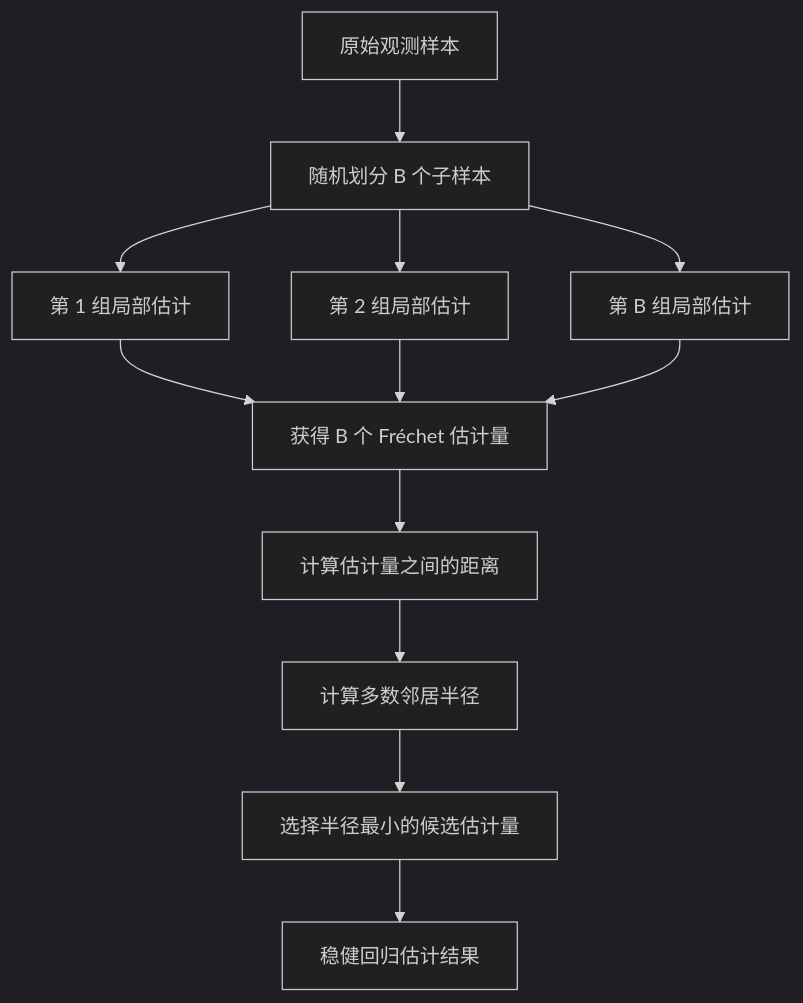
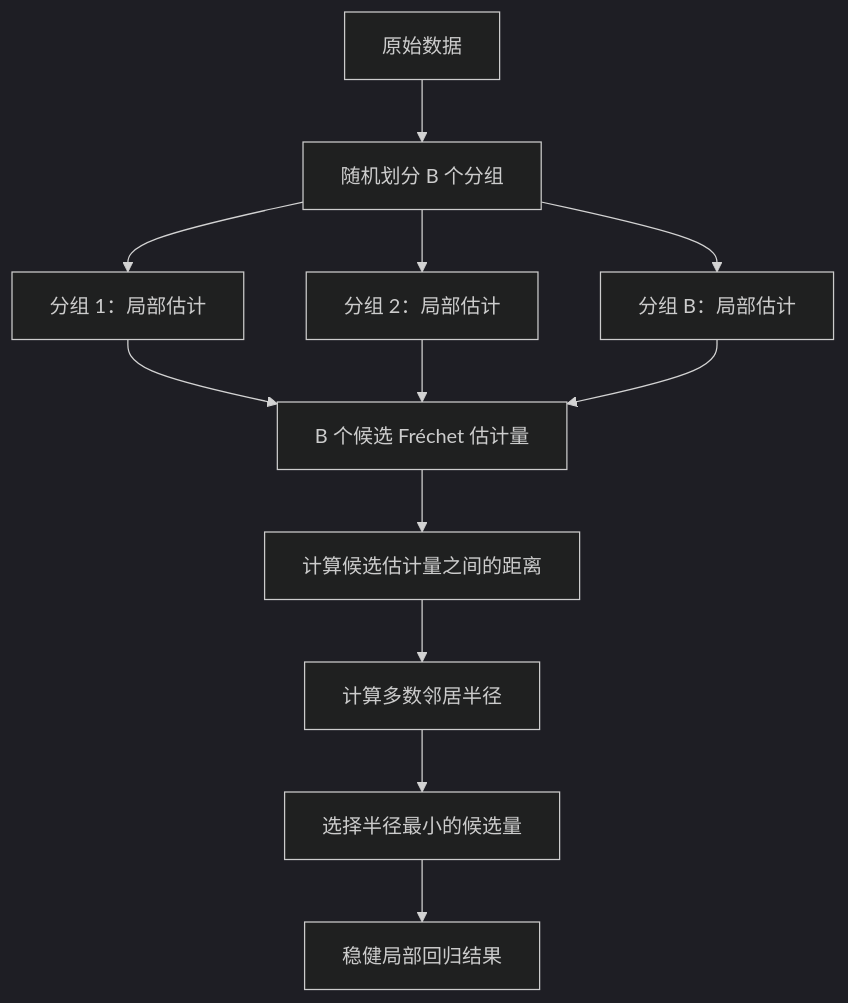
One commit to Salty-yeah-888/non-euclidean-statistics-notes changed the third of 4 diagrams in issues/001-metric-spaces.md. Above: the diagram before and after it, drawn with Mermaid (dark theme). The commit also changed other lines of this file, not shown here.

````diff
--- a/issues/001-metric-spaces.md
+++ b/issues/001-metric-spaces.md
@@ -477,17 +547,17 @@
 ```mermaid
 flowchart TD
-    A["原始观测样本"] --> B["随机划分 B 个子样本"]
+    A["原始数据"] --> B["随机划分 B 个分组"]
 
-    B --> C1["第 1 组局部估计"]
-    B --> C2["第 2 组局部估计"]
-    B --> C3["第 B 组局部估计"]
+    B --> C1["分组 1：局部估计"]
+    B --> C2["分组 2：局部估计"]
+    B --> C3["分组 B：局部估计"]
 
-    C1 --> D["获得 B 个 Fréchet 估计量"]
+    C1 --> D["B 个候选 Fréchet 估计量"]
     C2 --> D
     C3 --> D
 
-    D --> E["计算估计量之间的距离"]
+    D --> E["计算候选估计量之间的距离"]
     E --> F["计算多数邻居半径"]
-    F --> G["选择半径最小的候选估计量"]
-    G --> H["稳健回归估计结果"]
+    F --> G["选择半径最小的候选量"]
+    G --> H["稳健局部回归结果"]
 ```
````
